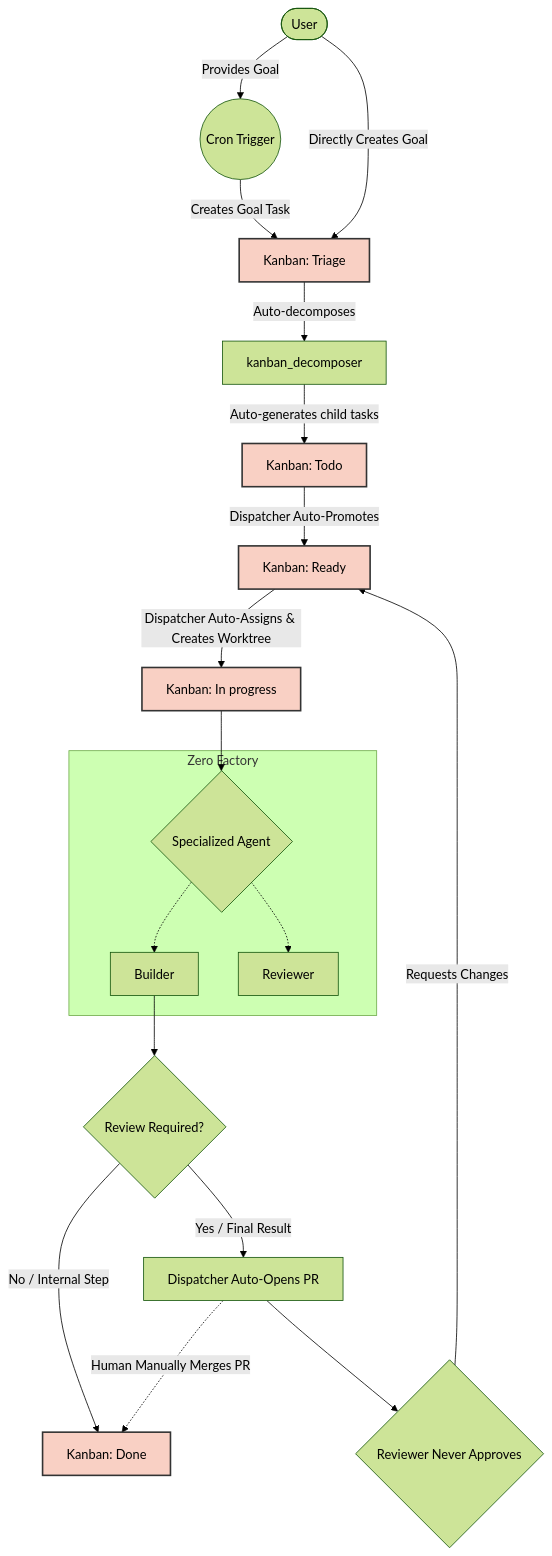
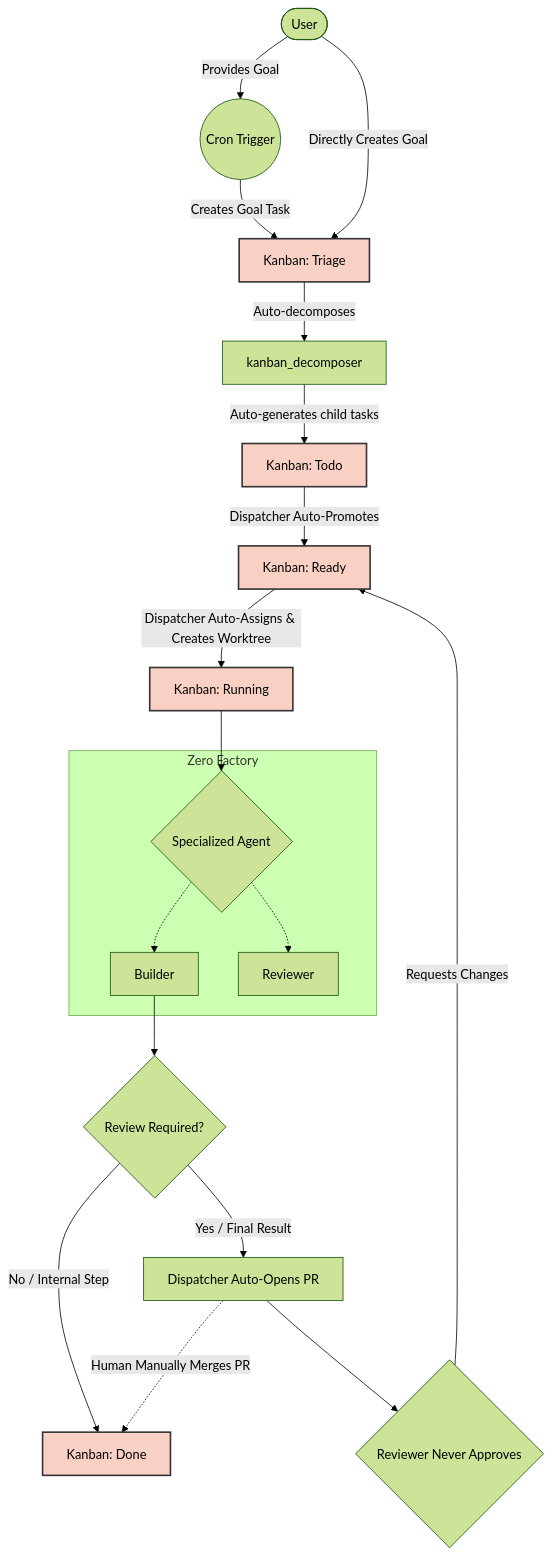
Before and after one commit to hotcode-dev/zerofactory: the diagram in README.md, drawn with Mermaid (forest theme). The commit also changed other lines of this file and 3 other files, not shown here.

Commit message:
refactor: encapsulate worktree setup and consolidate task promotion logic in kanban dispatcher

````diff
--- a/README.md
+++ b/README.md
@@ -34,35 +34,35 @@
 ```mermaid
 graph TD
     classDef kanban fill:#f9d0c4,stroke:#333,stroke-width:2px,color:#000;
     
     User([User]) -->|Provides Goal| Cron((Cron Trigger))
     Cron -->|Creates Goal Task| Triage[Kanban: Triage]:::kanban
     
     User -->|Directly Creates Goal| Triage
     
     Triage -->|Auto-decomposes| Decomposer[kanban_decomposer]
     Decomposer -->|Auto-generates child tasks| Todo[Kanban: Todo]:::kanban
     
     Todo -->|Dispatcher Auto-Promotes| Ready[Kanban: Ready]:::kanban
     
-    Ready -->|Dispatcher Auto-Assigns & Creates Worktree| InProgress[Kanban: In progress]:::kanban
+    Ready -->|Dispatcher Auto-Assigns & Creates Worktree| Running[Kanban: Running]:::kanban
     
-    InProgress --> AgentWork{Specialized Agent}
+    Running --> AgentWork{Specialized Agent}
     
     subgraph Zero Factory
         AgentWork -.-> Builder
         AgentWork -.-> Reviewer
     end
     
     Builder --> TaskComplete
     
     TaskComplete{Review Required?}
     TaskComplete -->|No / Internal Step| Done[Kanban: Done]:::kanban
     
     TaskComplete -->|Yes / Final Result| PR[Dispatcher Auto-Opens PR]
     
     PR --> ReviewerLoop{Reviewer Never Approves}
     ReviewerLoop -->|Requests Changes| Ready
     
     PR -.->|Human Manually Merges PR| Done
 ```
````
